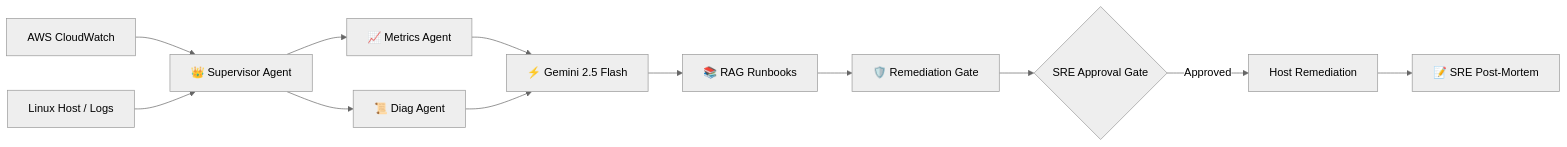
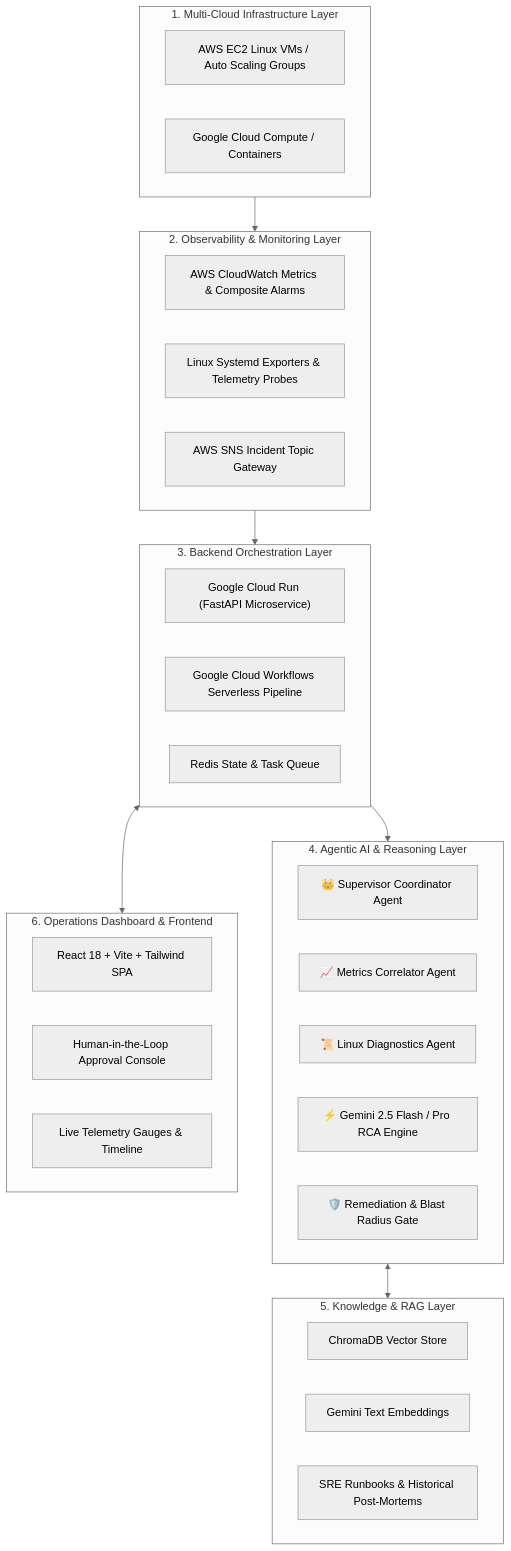
The first of 3 diagrams in README.md (Gaurav-Khaladkar/CloudOps-AI-Agent), drawn with Mermaid (neutral theme) before and after one commit. The commit also changed other lines of this file, not shown here.

Commit message:
docs: expand README with all 15 blueprint sections, 8 modules, ERD, API specs, and roadmap

````diff
--- a/README.md
+++ b/README.md
@@ -48,13 +69,43 @@
 ```mermaid
-flowchart LR
-    CW["AWS CloudWatch"] --> SUP["👑 Supervisor Agent"]
-    LX["Linux Host / Logs"] --> SUP
-    SUP --> MET["📈 Metrics Agent"]
-    SUP --> LOG["📜 Diag Agent"]
-    MET & LOG --> GEMINI["⚡ Gemini 2.5 Flash"]
-    GEMINI --> RAG["📚 RAG Runbooks"]
-    RAG --> REM["🛡️ Remediation Gate"]
-    REM --> HITL{"SRE Approval Gate"}
-    HITL -- Approved --> EXEC["Host Remediation"]
-    EXEC --> REP["📝 SRE Post-Mortem"]
+flowchart TD
+    subgraph L1["1. Multi-Cloud Infrastructure Layer"]
+        AWS["AWS EC2 Linux VMs / Auto Scaling Groups"]
+        GCP_VM["Google Cloud Compute / Containers"]
+    end
+
+    subgraph L2["2. Observability & Monitoring Layer"]
+        CW["AWS CloudWatch Metrics & Composite Alarms"]
+        NODE["Linux Systemd Exporters & Telemetry Probes"]
+        SNS["AWS SNS Incident Topic Gateway"]
+    end
+
+    subgraph L3["3. Backend Orchestration Layer"]
+        RUN["Google Cloud Run (FastAPI Microservice)"]
+        GCW["Google Cloud Workflows Serverless Pipeline"]
+        REDIS["Redis State & Task Queue"]
+    end
+
+    subgraph L4["4. Agentic AI & Reasoning Layer"]
+        SUP["👑 Supervisor Coordinator Agent"]
+        MET["📈 Metrics Correlator Agent"]
+        LOG["📜 Linux Diagnostics Agent"]
+        GEMINI["⚡ Gemini 2.5 Flash / Pro RCA Engine"]
+        REM["🛡️ Remediation & Blast Radius Gate"]
+    end
+
+    subgraph L5["5. Knowledge & RAG Layer"]
+        CHROMA["ChromaDB Vector Store"]
+        EMBED["Gemini Text Embeddings"]
+        SOP["SRE Runbooks & Historical Post-Mortems"]
+    end
+
+    subgraph L6["6. Operations Dashboard & Frontend"]
+        REACT["React 18 + Vite + Tailwind SPA"]
+        HITL["Human-in-the-Loop Approval Console"]
+        METRICS_UI["Live Telemetry Gauges & Timeline"]
+    end
+
+    L1 --> L2 --> L3 --> L4
+    L4 <--> L5
+    L3 <--> L6
 ```
````
